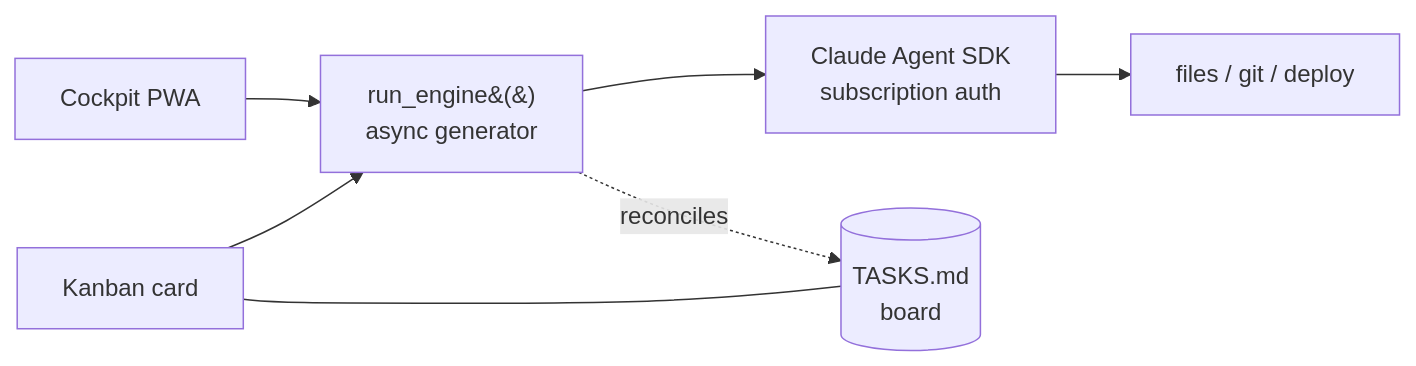
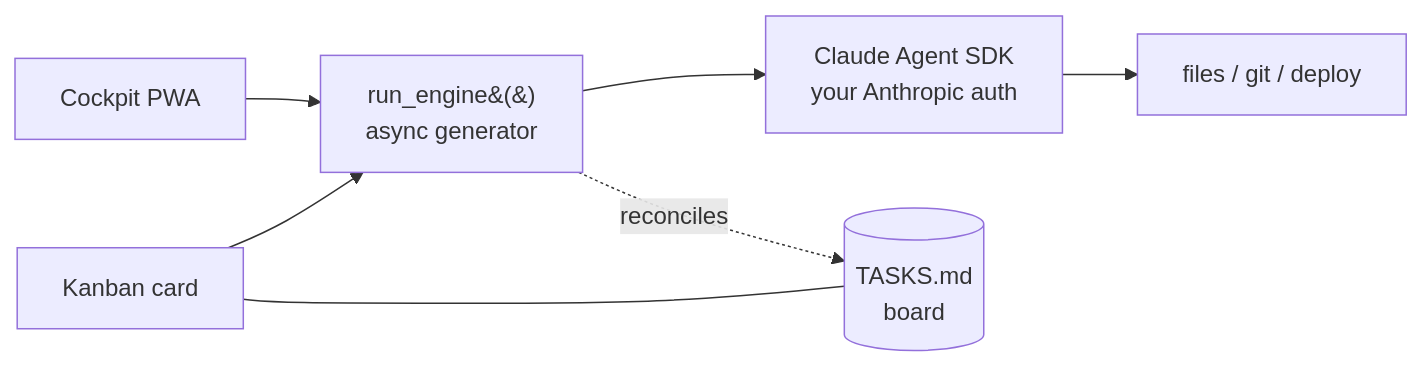
The diagram in README.md (igdigitallab/cardloop), drawn with Mermaid before and after one commit. The commit also changed other lines of this file, not shown here.

First line of the commit message:
docs: reposition authentication — API key first, subscription = personal use

````diff
--- a/README.md
+++ b/README.md
@@ -201,11 +208,11 @@
 ```mermaid
 flowchart LR
     C[Cockpit PWA]
     K[Kanban card]
     C --> E
     K --> E
-    E[run_engine&#40;&#41;<br/>async generator] --> SDK[Claude Agent SDK<br/>subscription auth]
+    E[run_engine&#40;&#41;<br/>async generator] --> SDK[Claude Agent SDK<br/>your Anthropic auth]
     SDK --> O[files / git / deploy]
     E -. reconciles .-> B[(TASKS.md<br/>board)]
     K --- B
 ```
````
